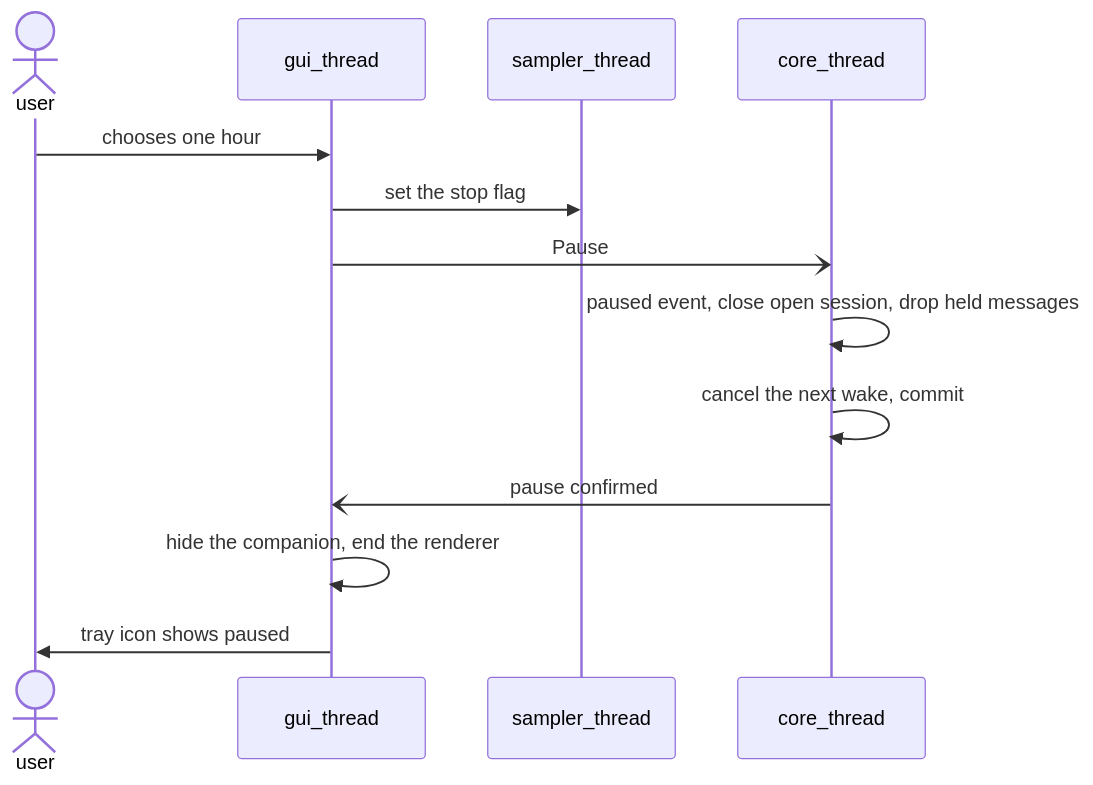
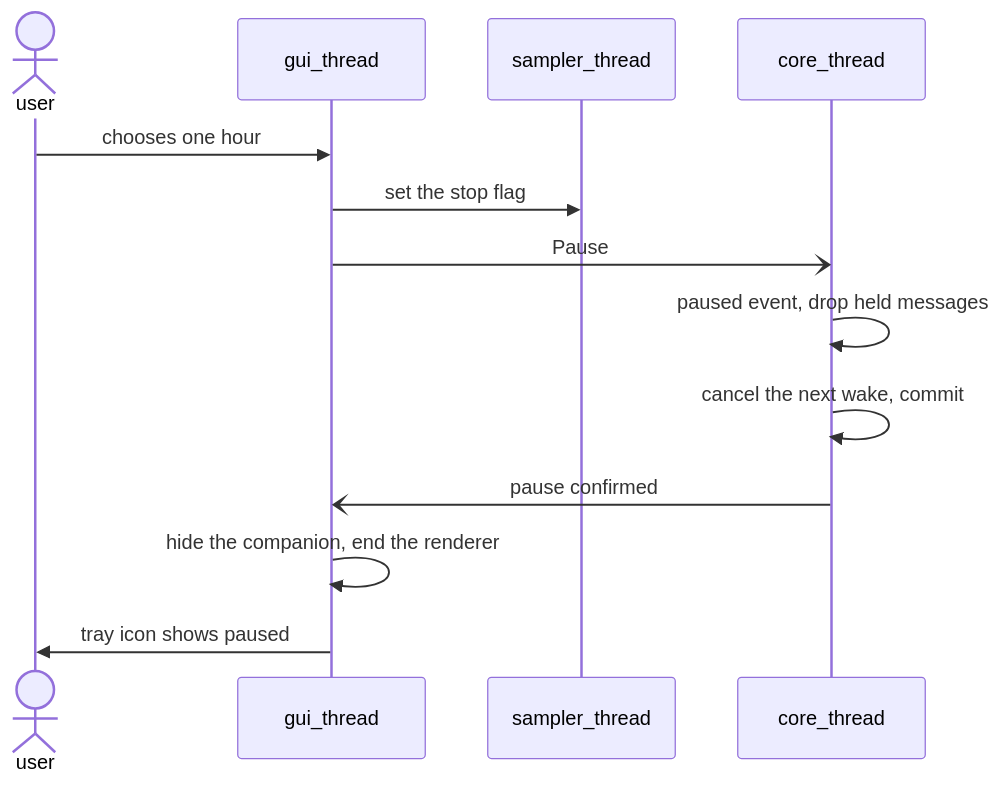
Diagram 40 of 48 in docs/architecture/ARCHITECTURE.md (NguyenVu04/cognia), drawn with Mermaid before and after one commit. The commit also changed other lines of this file and 83 other files, not shown here.

````diff
--- a/docs/architecture/ARCHITECTURE.md
+++ b/docs/architecture/ARCHITECTURE.md
@@ -2450,16 +2582,16 @@
 ```mermaid
 sequenceDiagram
     actor user
     participant gui as gui_thread
     participant sampler as sampler_thread
     participant core as core_thread
 
     user->>gui: chooses one hour
     gui->>sampler: set the stop flag
     gui-)core: Pause
-    core->>core: paused event, close open session, drop held messages
+    core->>core: paused event, drop held messages
     core->>core: cancel the next wake, commit
     core-)gui: pause confirmed
     gui->>gui: hide the companion, end the renderer
     gui->>user: tray icon shows paused
 ```
````
